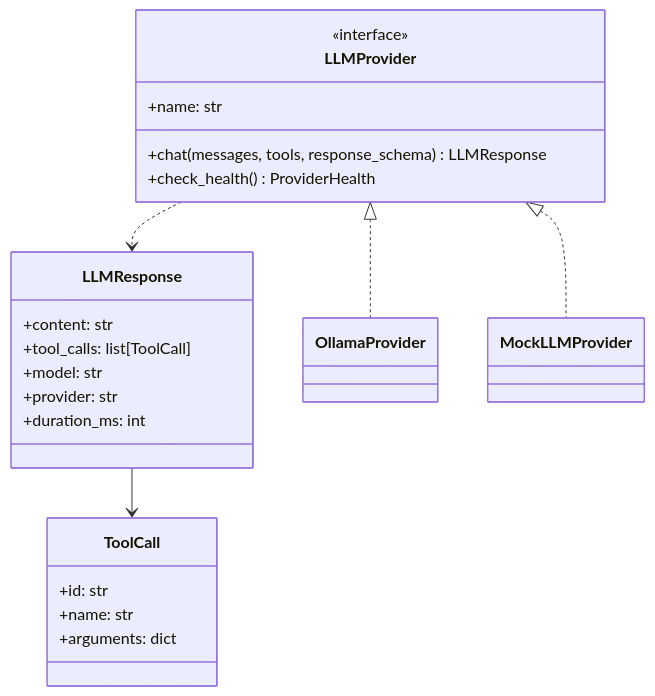
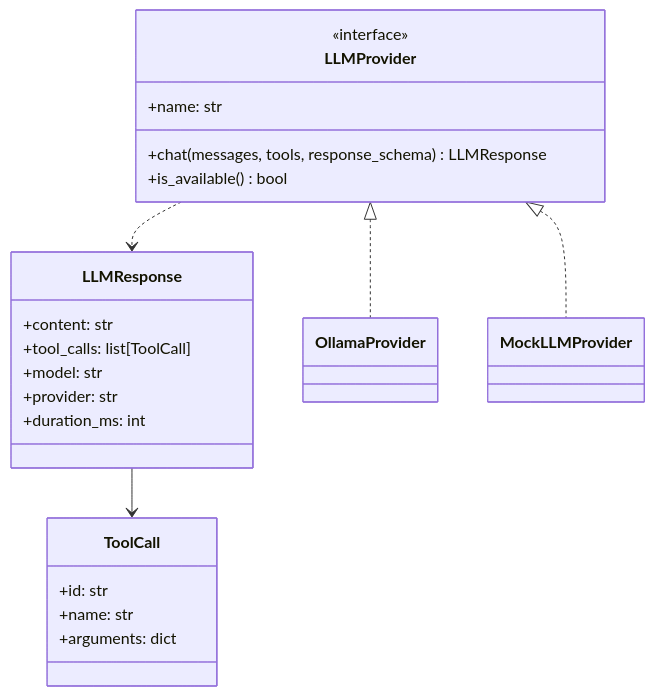
One commit to Absinthe-Gin/A.T.L.A.S changed the fourth of 4 diagrams in docs/architecture/ai-architecture.md. Above: the diagram before and after it, drawn with Mermaid. The commit also changed other lines of this file and 75 other files, not shown here.

````diff
--- a/docs/architecture/ai-architecture.md
+++ b/docs/architecture/ai-architecture.md
@@ -230,25 +233,25 @@
 ```mermaid
 classDiagram
     class LLMProvider {
         <<interface>>
         +name: str
         +chat(messages, tools, response_schema) LLMResponse
-        +check_health() ProviderHealth
+        +is_available() bool
     }
     class LLMResponse {
         +content: str
         +tool_calls: list[ToolCall]
         +model: str
         +provider: str
         +duration_ms: int
     }
     class ToolCall {
         +id: str
         +name: str
         +arguments: dict
     }
     LLMProvider <|.. OllamaProvider
     LLMProvider <|.. MockLLMProvider
     LLMProvider ..> LLMResponse
     LLMResponse --> ToolCall
 ```
````
